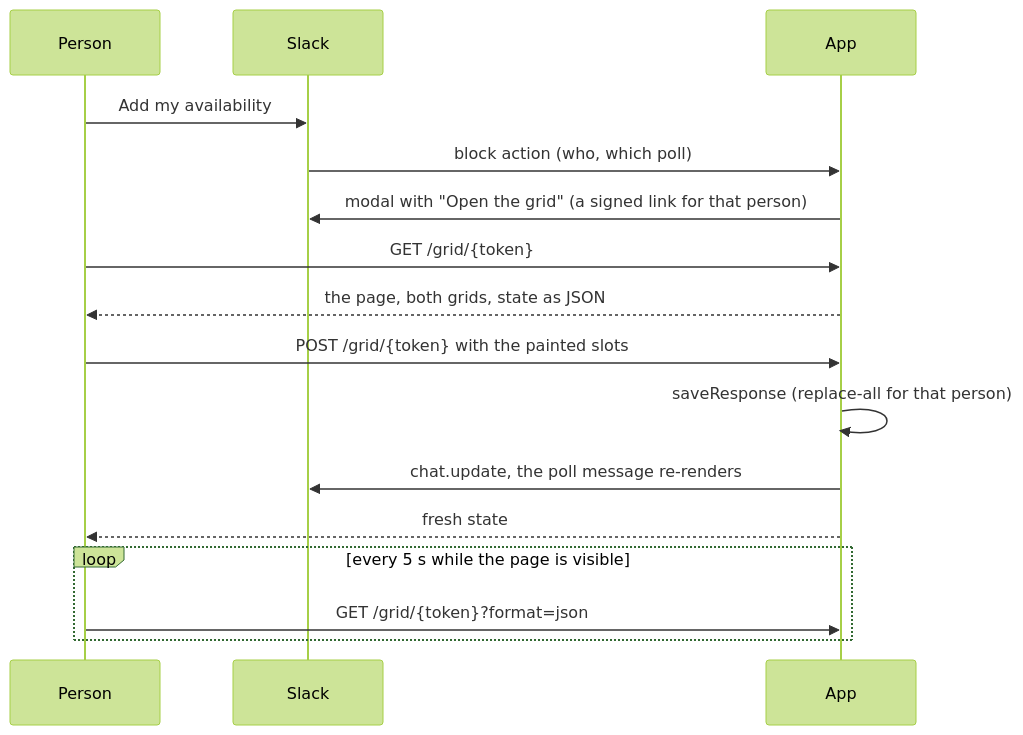
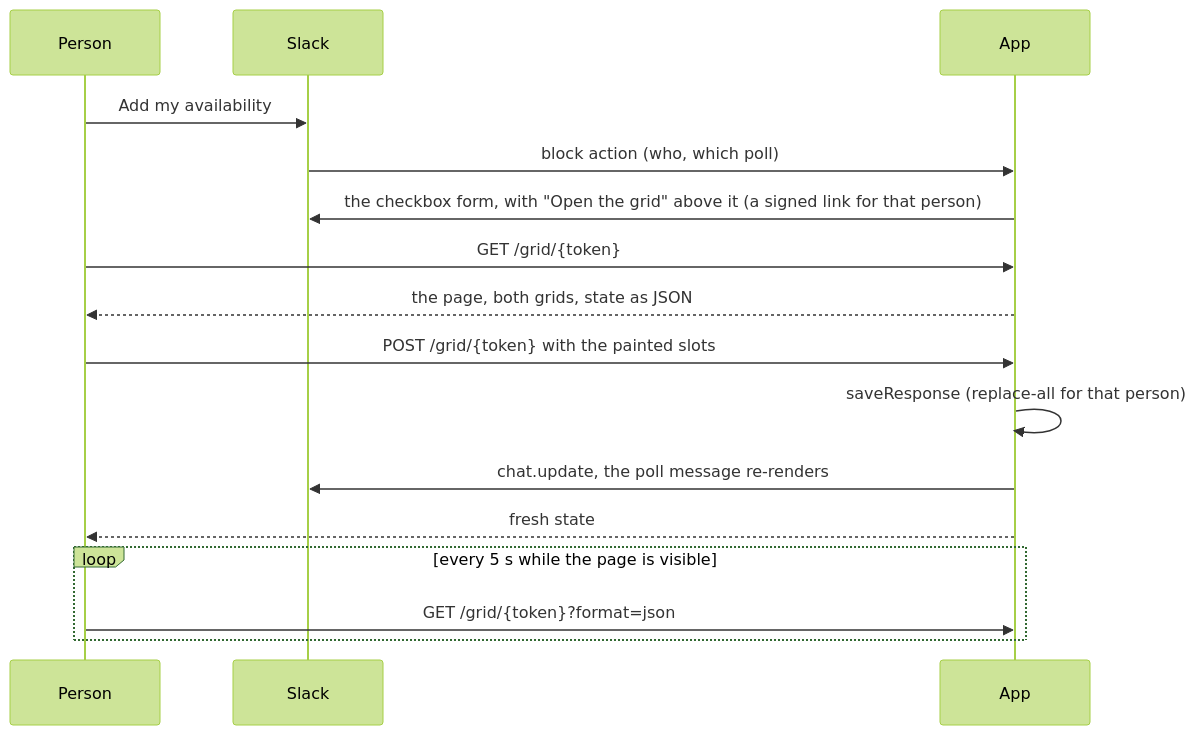
Before and after one commit to masaok/meetingmouse: the diagram in docs/WEB_GRID.md, drawn with Mermaid (forest theme). The commit also changed other lines of this file and 13 other files, not shown here.

````diff
--- a/docs/WEB_GRID.md
+++ b/docs/WEB_GRID.md
@@ -14,18 +14,18 @@
 ```mermaid
 sequenceDiagram
   participant P as Person
   participant S as Slack
   participant A as App
   P->>S: Add my availability
   S->>A: block action (who, which poll)
-  A->>S: modal with "Open the grid" (a signed link for that person)
+  A->>S: the checkbox form, with "Open the grid" above it (a signed link for that person)
   P->>A: GET /grid/{token}
   A-->>P: the page, both grids, state as JSON
   P->>A: POST /grid/{token} with the painted slots
   A->>A: saveResponse (replace-all for that person)
   A->>S: chat.update, the poll message re-renders
   A-->>P: fresh state
   loop every 5 s while the page is visible
     P->>A: GET /grid/{token}?format=json
   end
 ```
````
